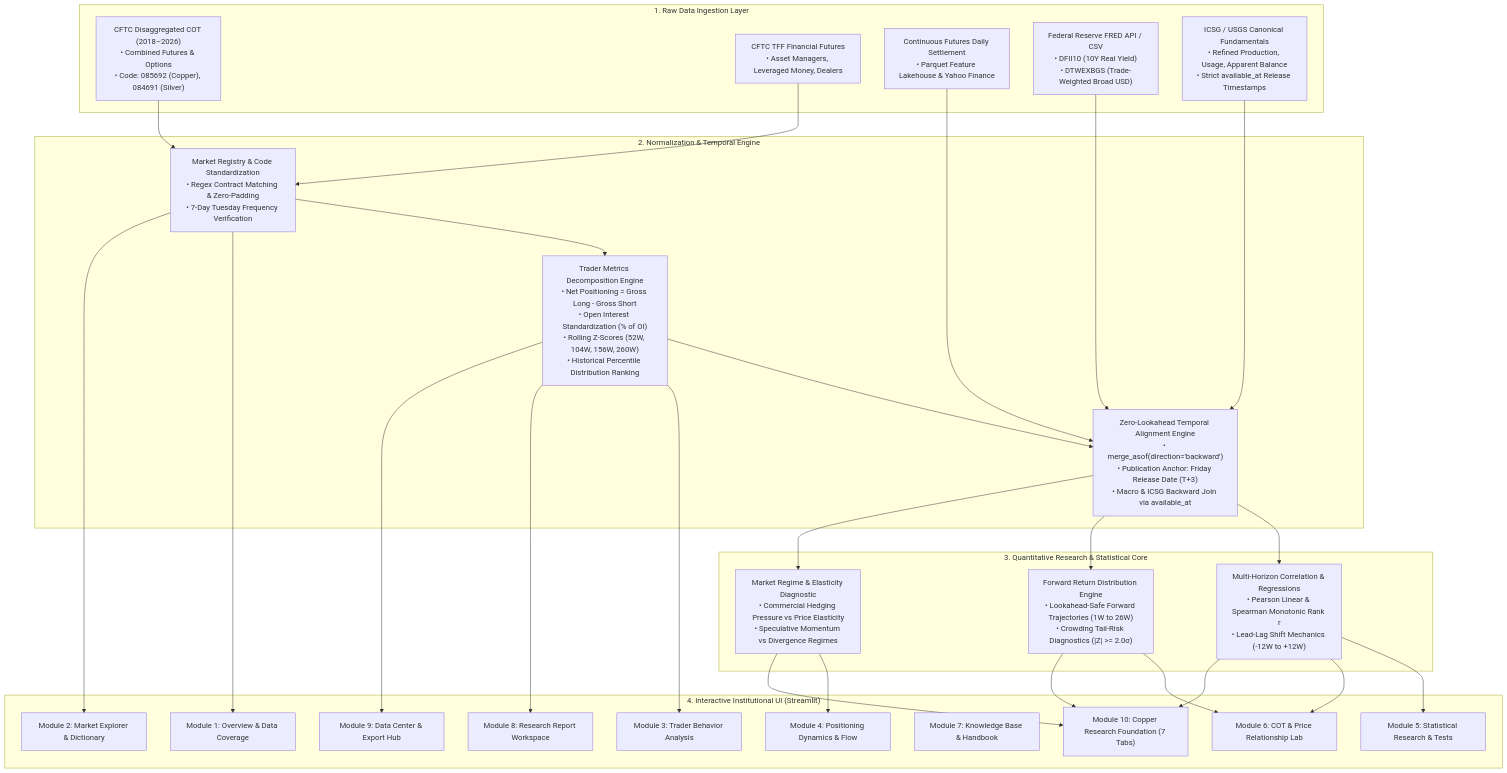
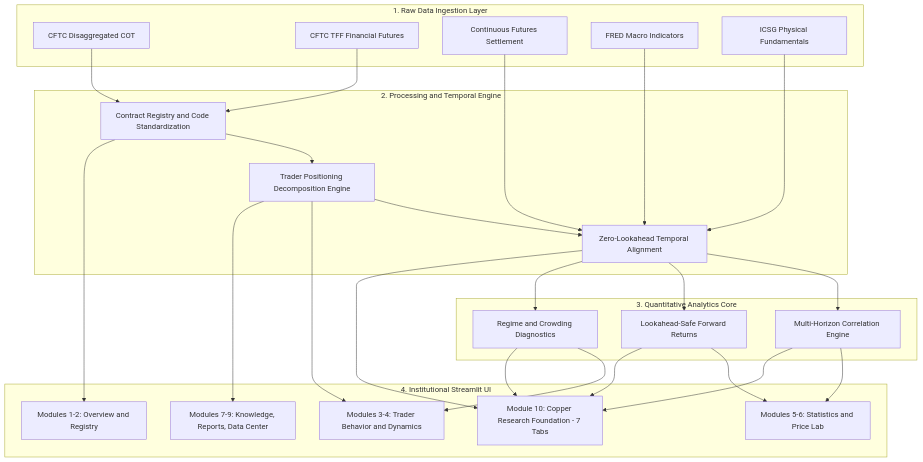
Before and after one commit to tramee2109/COT: the diagram in README.md, drawn with Mermaid. The commit also changed other lines of this file, not shown here.

Commit message:
docs: streamline Mermaid architecture syntax and add detailed data lineage table for GitHub compatibility

````diff
--- a/README.md
+++ b/README.md
@@ -82,60 +82,55 @@
 ```mermaid
 flowchart TD
-    subgraph S1["1. Raw Data Ingestion Layer"]
-        CFTC_D["CFTC Disaggregated COT (2018–2026)<br/>• Combined Futures & Options<br/>• Code: 085692 (Copper), 084691 (Silver)"]
-        CFTC_T["CFTC TFF Financial Futures<br/>• Asset Managers, Leveraged Money, Dealers"]
-        PRICES["Continuous Futures Daily Settlement<br/>• Parquet Feature Lakehouse & Yahoo Finance"]
-        FRED["Federal Reserve FRED API / CSV<br/>• DFII10 (10Y Real Yield)<br/>• DTWEXBGS (Trade-Weighted Broad USD)"]
-        ICSG["ICSG / USGS Canonical Fundamentals<br/>• Refined Production, Usage, Apparent Balance<br/>• Strict available_at Release Timestamps"]
+    subgraph S1 [1. Raw Data Ingestion Layer]
+        CFTC_D[CFTC Disaggregated COT]
+        CFTC_T[CFTC TFF Financial Futures]
+        PRICES[Continuous Futures Settlement]
+        FRED[FRED Macro Indicators]
+        ICSG[ICSG Physical Fundamentals]
     end
 
-    subgraph S2["2. Normalization & Temporal Engine"]
-        NORM["Market Registry & Code Standardization<br/>• Regex Contract Matching & Zero-Padding<br/>• 7-Day Tuesday Frequency Verification"]
-        DECOMP["Trader Metrics Decomposition Engine<br/>• Net Positioning = Gross Long - Gross Short<br/>• Open Interest Standardization (% of OI)<br/>• Rolling Z-Scores (52W, 104W, 156W, 260W)<br/>• Historical Percentile Distribution Ranking"]
-        ASOF["Zero-Lookahead Temporal Alignment Engine<br/>• merge_asof(direction='backward')<br/>• Publication Anchor: Friday Release Date (T+3)<br/>• Macro & ICSG Backward Join via available_at"]
+    subgraph S2 [2. Processing and Temporal Engine]
+        NORM[Contract Registry and Code Standardization]
+        DECOMP[Trader Positioning Decomposition Engine]
+        ASOF[Zero-Lookahead Temporal Alignment]
     end
 
-    subgraph S3["3. Quantitative Research & Statistical Core"]
-        CORR["Multi-Horizon Correlation & Regressions<br/>• Pearson Linear & Spearman Monotonic Rank r<br/>• Lead-Lag Shift Mechanics (-12W to +12W)"]
-        FWD["Forward Return Distribution Engine<br/>• Lookahead-Safe Forward Trajectories (1W to 26W)<br/>• Crowding Tail-Risk Diagnostics (|Z| >= 2.0σ)"]
-        REGIME["Market Regime & Elasticity Diagnostic<br/>• Commercial Hedging Pressure vs Price Elasticity<br/>• Speculative Momentum vs Divergence Regimes"]
+    subgraph S3 [3. Quantitative Analytics Core]
+        CORR[Multi-Horizon Correlation Engine]
+        FWD[Lookahead-Safe Forward Returns]
+        REGIME[Regime and Crowding Diagnostics]
     end
 
-    subgraph S4["4. Interactive Institutional UI (Streamlit)"]
-        M1["Module 1: Overview & Data Coverage"]
-        M2["Module 2: Market Explorer & Dictionary"]
-        M3["Module 3: Trader Behavior Analysis"]
-        M4["Module 4: Positioning Dynamics & Flow"]
-        M5["Module 5: Statistical Research & Tests"]
-        M6["Module 6: COT & Price Relationship Lab"]
-        M7["Module 7: Knowledge Base & Handbook"]
-        M8["Module 8: Research Report Workspace"]
-        M9["Module 9: Data Center & Export Hub"]
-        M10["Module 10: Copper Research Foundation (7 Tabs)"]
+    subgraph S4 [4. Institutional Streamlit UI]
+        M1[Modules 1-2: Overview and Registry]
+        M2[Modules 3-4: Trader Behavior and Dynamics]
+        M3[Modules 5-6: Statistics and Price Lab]
+        M4[Modules 7-9: Knowledge, Reports, Data Center]
+        M10[Module 10: Copper Research Foundation - 7 Tabs]
     end
 
     CFTC_D --> NORM
     CFTC_T --> NORM
     PRICES --> ASOF
     FRED --> ASOF
     ICSG --> ASOF
 
     NORM --> DECOMP
     DECOMP --> ASOF
+
     ASOF --> CORR
     ASOF --> FWD
     ASOF --> REGIME
 
-    CORR --> M5
-    CORR --> M6
+    NORM --> M1
+    DECOMP --> M2
+    CORR --> M3
+    FWD --> M3
+    REGIME --> M2
+    DECOMP --> M4
+
+    ASOF --> M10
     CORR --> M10
-    FWD --> M6
     FWD --> M10
-    REGIME --> M4
     REGIME --> M10
-    NORM --> M1
-    NORM --> M2
-    DECOMP --> M3
-    DECOMP --> M8
-    DECOMP --> M9
 ```
````
